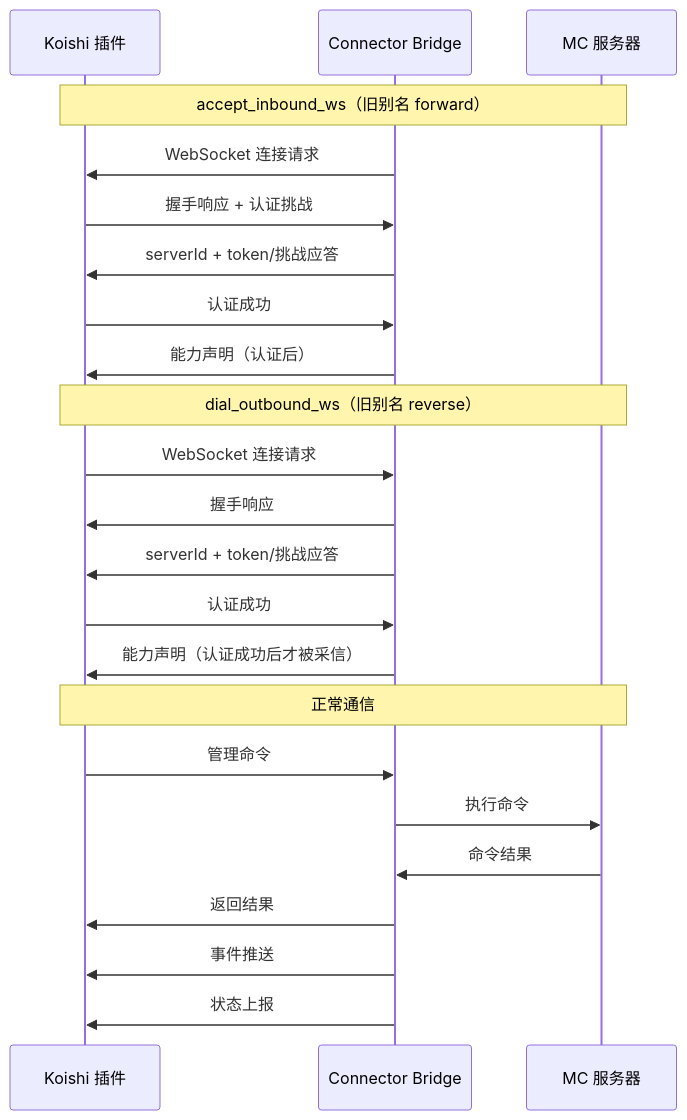
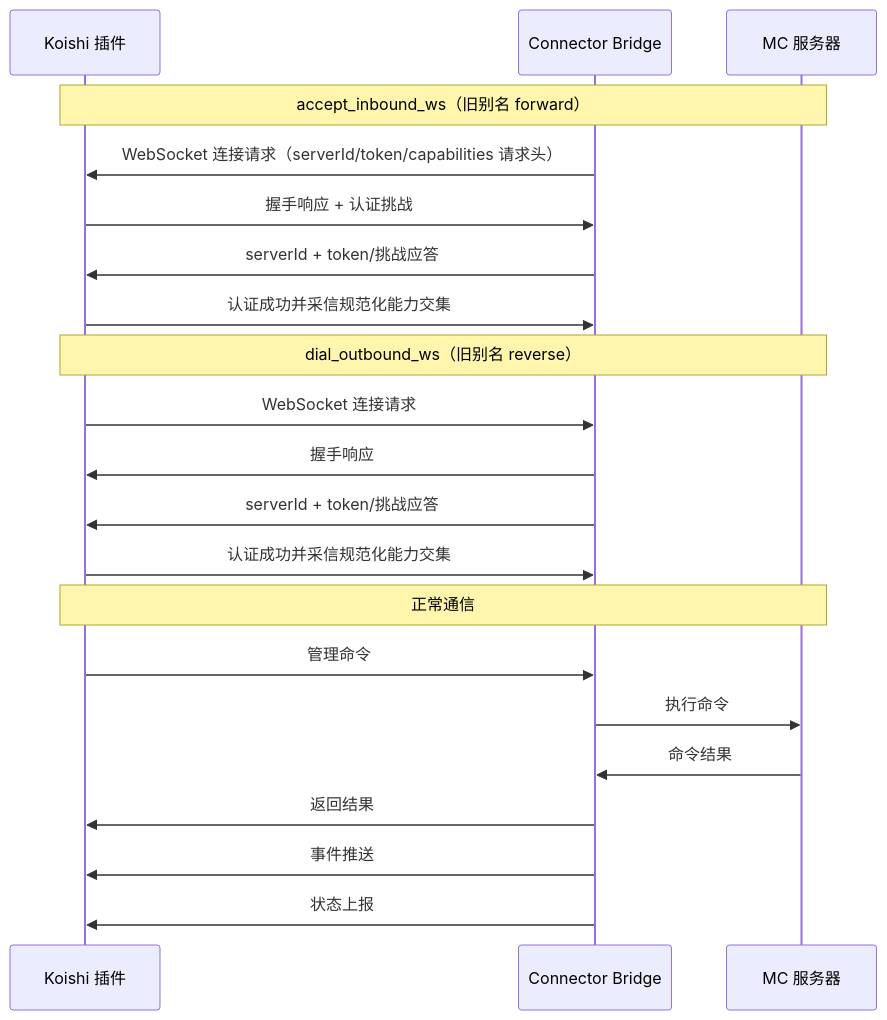
The second of 2 diagrams in .kiro/specs/minecraft-unified-management/design.md (chm413/Mochi-Link), drawn with Mermaid before and after one commit. The commit also changed other lines of this file and 182 other files, not shown here.

````diff
--- a/.kiro/specs/minecraft-unified-management/design.md
+++ b/.kiro/specs/minecraft-unified-management/design.md
@@ -70,29 +70,27 @@
 ```mermaid
 sequenceDiagram
     participant K as Koishi 插件
     participant B as Connector Bridge
     participant S as MC 服务器
     
     Note over K,S: accept_inbound_ws（旧别名 forward）
-    B->>K: WebSocket 连接请求
+    B->>K: WebSocket 连接请求（serverId/token/capabilities 请求头）
     K->>B: 握手响应 + 认证挑战
     B->>K: serverId + token/挑战应答
-    K->>B: 认证成功
-    B->>K: 能力声明（认证后）
+    K->>B: 认证成功并采信规范化能力交集
 
     Note over K,S: dial_outbound_ws（旧别名 reverse）
     K->>B: WebSocket 连接请求
     B->>K: 握手响应
     B->>K: serverId + token/挑战应答
-    K->>B: 认证成功
-    B->>K: 能力声明（认证成功后才被采信）
+    K->>B: 认证成功并采信规范化能力交集
     
     Note over K,S: 正常通信
     K->>B: 管理命令
     B->>S: 执行命令
     S->>B: 命令结果
     B->>K: 返回结果
     
     B->>K: 事件推送
     B->>K: 状态上报
 ```
````
